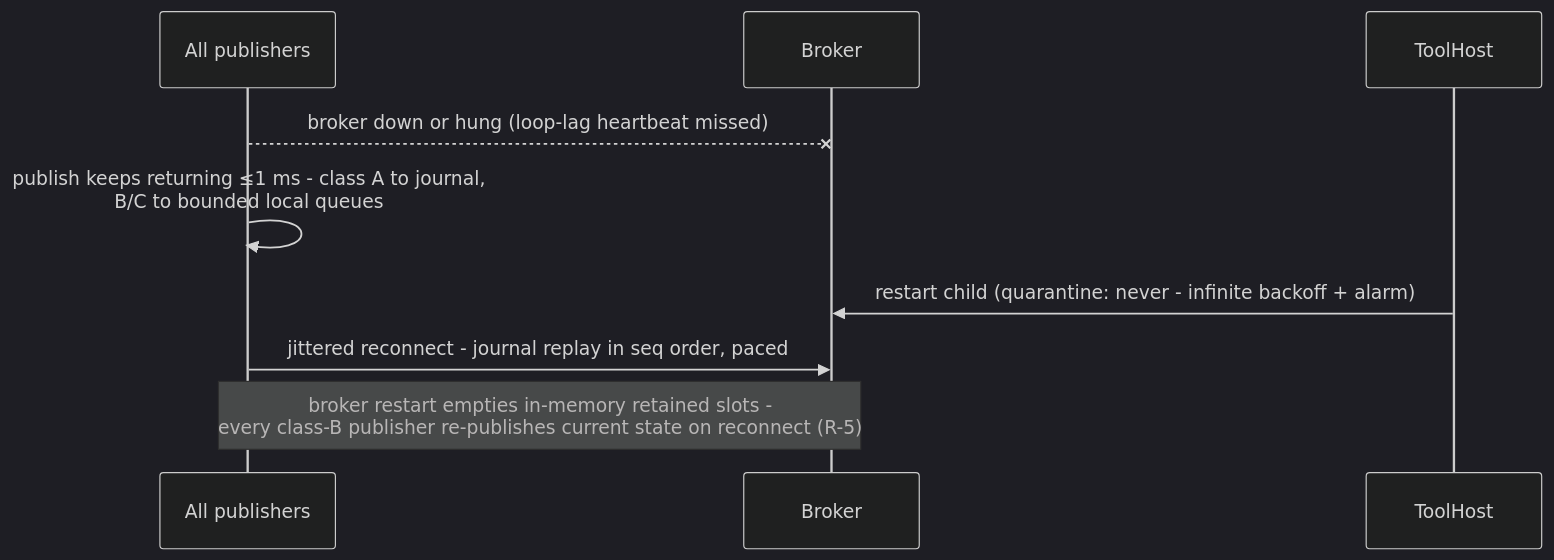
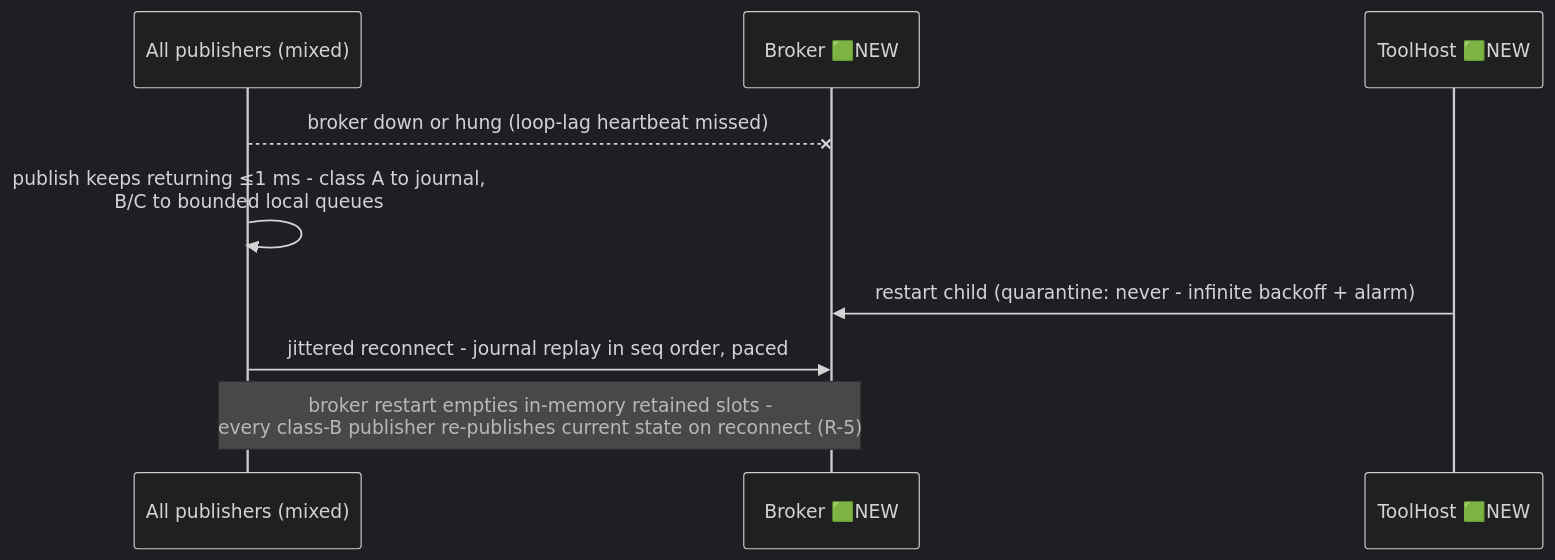
The seventh of 15 diagrams in stage/01-system-architecture.md (amitA-camtek/bus_gateway), drawn with Mermaid (dark theme) before and after one commit. The commit also changed other lines of this file and 11 other files, not shown here.

````diff
--- a/stage/01-system-architecture.md
+++ b/stage/01-system-architecture.md
@@ -161,12 +190,12 @@
 ```mermaid
 sequenceDiagram
-    participant P as All publishers
-    participant BUS as Broker
-    participant TH as ToolHost
+    participant P as All publishers (mixed)
+    participant BUS as Broker 🟩NEW
+    participant TH as ToolHost 🟩NEW
 
     P--xBUS: broker down or hung (loop-lag heartbeat missed)
     P->>P: publish keeps returning ≤1 ms - class A to journal,<br/>B/C to bounded local queues
     TH->>BUS: restart child (quarantine: never - infinite backoff + alarm)
     P->>BUS: jittered reconnect - journal replay in seq order, paced
     Note over P,BUS: broker restart empties in-memory retained slots -<br/>every class-B publisher re-publishes current state on reconnect (R-5)
 ```
````
